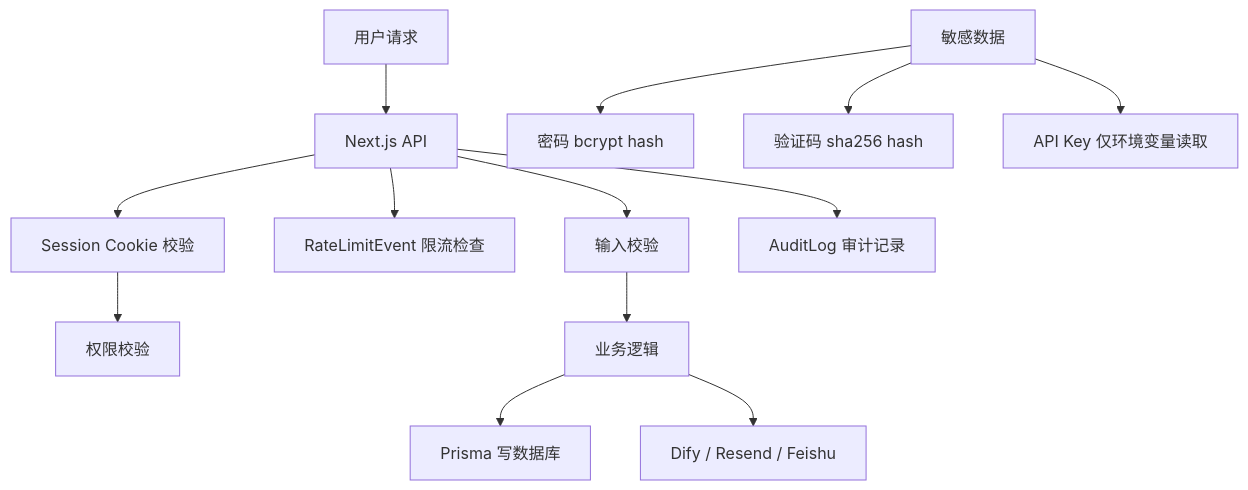
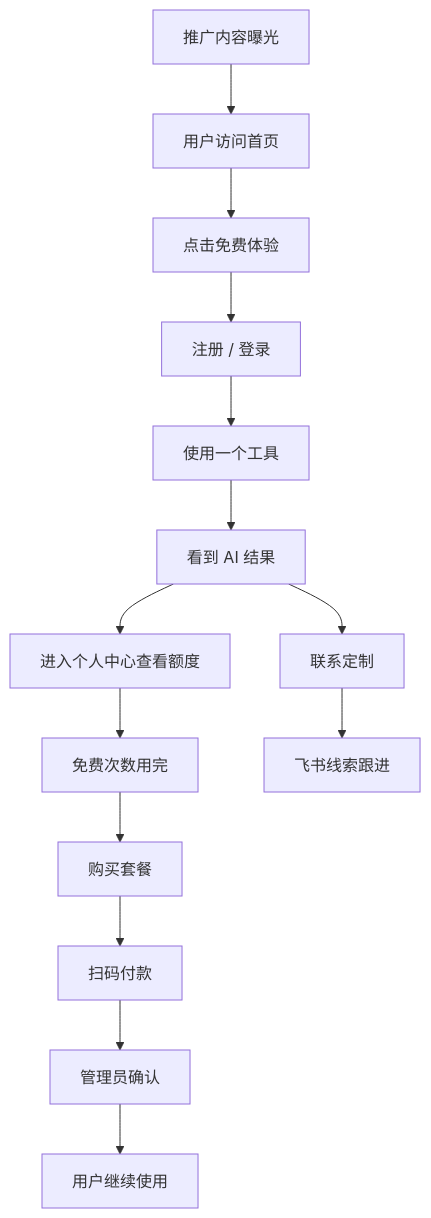
Before and after one commit to yan073747/ai-office-toolbox: the tenth of 11 diagrams in docs/AI工具箱V2.0完整技术文档.md, drawn with Mermaid. The commit also changed other lines of this file, not shown here.

````diff
--- a/docs/AI工具箱V2.0完整技术文档.md
+++ b/docs/AI工具箱V2.0完整技术文档.md
@@ -1076,15 +1120,16 @@
 ```mermaid
-graph TD
-  A["用户请求"] --> B["Next.js API"]
-  B --> C["Session Cookie 校验"]
-  C --> D["权限校验"]
-  B --> E["RateLimitEvent 限流检查"]
-  B --> F["输入校验"]
-  F --> G["业务逻辑"]
-  G --> H["Prisma 写数据库"]
-  G --> I["Dify / Resend / Feishu"]
-  B --> J["AuditLog 审计记录"]
-  K["敏感数据"] --> L["密码 bcrypt hash"]
-  K --> M["验证码 sha256 hash"]
-  K --> N["API Key 仅环境变量读取"]
+flowchart TD
+  A["推广内容曝光"] --> B["用户访问首页"]
+  B --> C["点击免费体验"]
+  C --> D["注册 / 登录"]
+  D --> E["使用一个工具"]
+  E --> F["看到 AI 结果"]
+  F --> G["进入个人中心查看额度"]
+  G --> H["免费次数用完"]
+  H --> I["购买套餐"]
+  I --> J["扫码付款"]
+  J --> K["管理员确认"]
+  K --> L["用户继续使用"]
+  F --> M["联系定制"]
+  M --> N["飞书线索跟进"]
 ```
````
